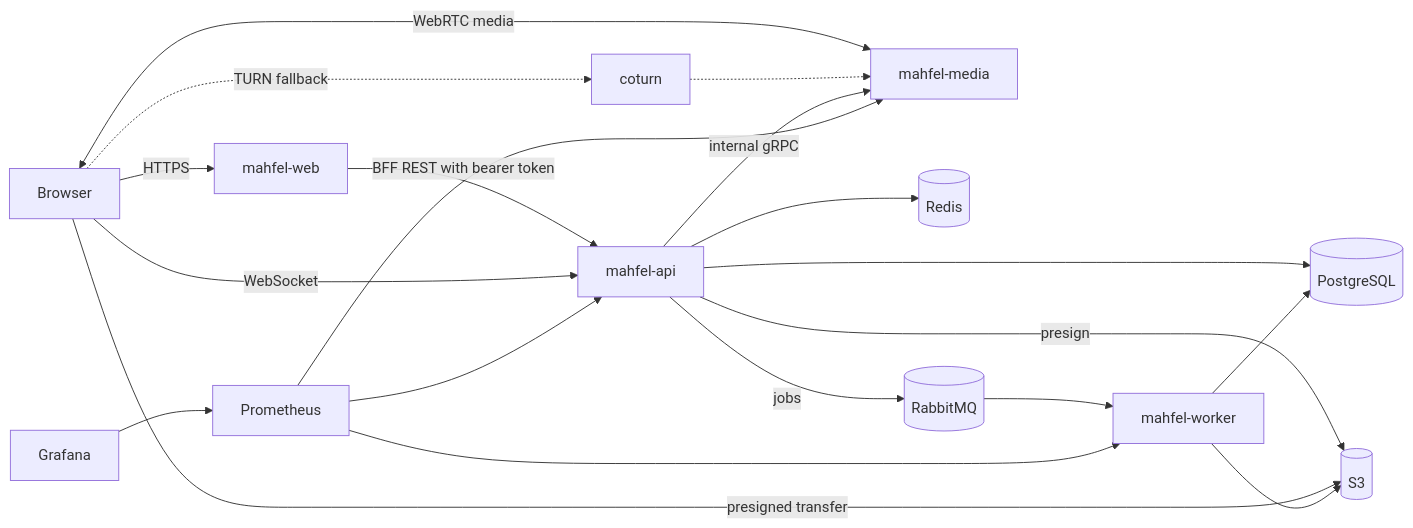
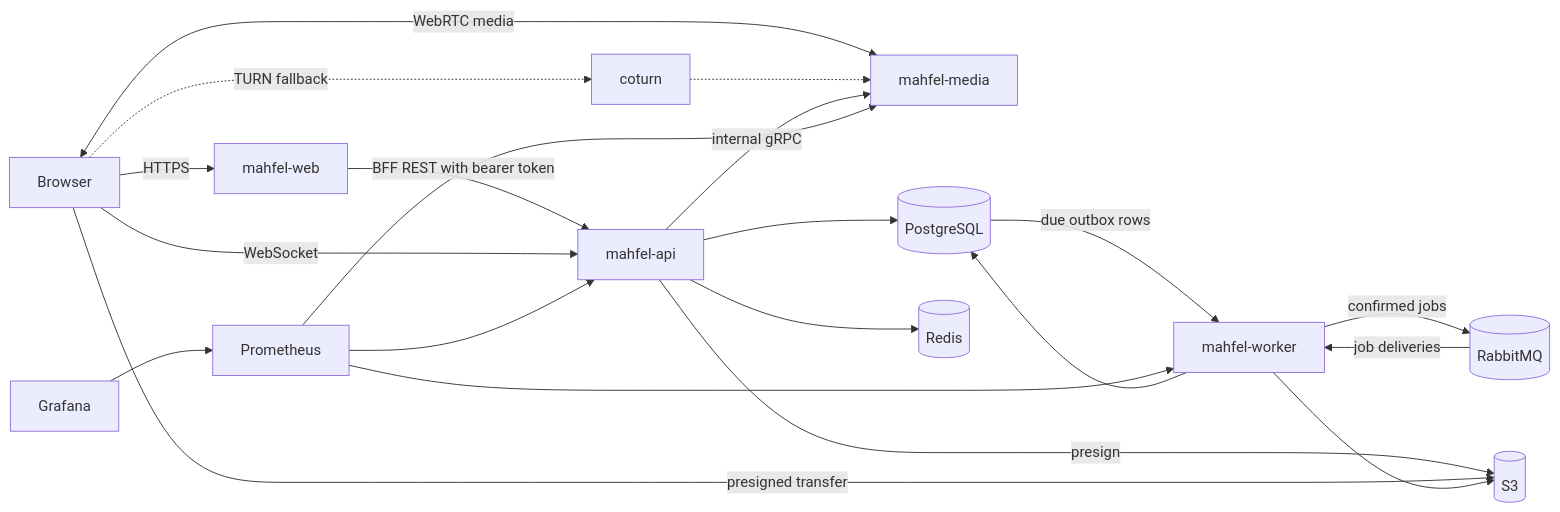
Before and after one commit to mhyrzt/mahfel: the diagram in docs/architecture/overview.md, drawn with Mermaid. The commit also changed 11 other files, not shown here.

````diff
--- a/docs/architecture/overview.md
+++ b/docs/architecture/overview.md
@@ -7,22 +7,23 @@
 ```mermaid
 flowchart LR
   Browser[Browser] -->|HTTPS| Web[mahfel-web]
   Web -->|BFF REST with bearer token| API[mahfel-api]
   Browser -->|WebSocket| API
   Browser <-->|WebRTC media| Media[mahfel-media]
   Browser -.->|TURN fallback| Turn[coturn]
   Turn -.-> Media
   API --> Postgres[(PostgreSQL)]
   API --> Redis[(Redis)]
   API -->|internal gRPC| Media
-  API -->|jobs| Rabbit[(RabbitMQ)]
+  Postgres -->|due outbox rows| Worker[mahfel-worker]
+  Worker -->|confirmed jobs| Rabbit[(RabbitMQ)]
   API -->|presign| S3[(S3)]
   Browser -->|presigned transfer| S3
-  Rabbit --> Worker[mahfel-worker]
+  Rabbit -->|job deliveries| Worker
   Worker --> Postgres
   Worker --> S3
   Ops[Prometheus] --> API
   Ops --> Media
   Ops --> Worker
   Grafana[Grafana] --> Ops
 ```
````
